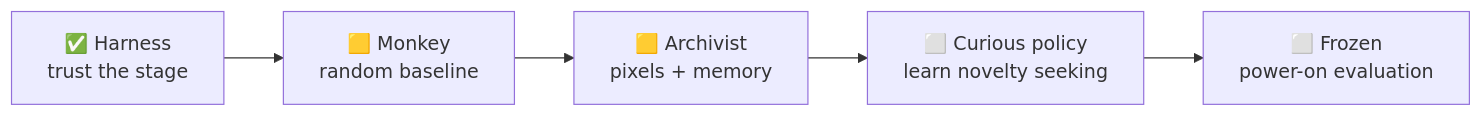
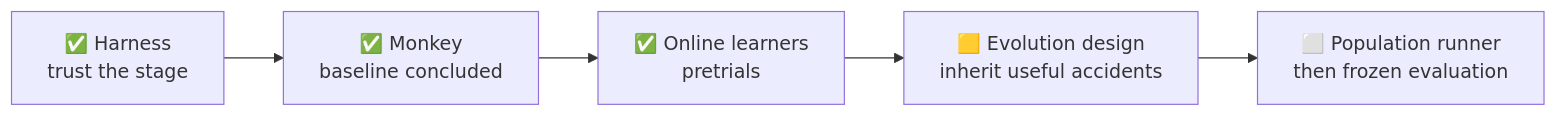
Before and after one commit to PeteAndrews1289/pokemon-red-ai: the first of 2 diagrams in README.md, drawn with Mermaid. The commit also changed other lines of this file and 15 other files, not shown here.

Commit message:
Design neuroevolution successor to random baseline

````diff
--- a/README.md
+++ b/README.md
@@ -57,7 +58,7 @@
 ```mermaid
 flowchart LR
-    P0["✅ Harness<br/>trust the stage"] --> B0["🟨 Monkey<br/>random baseline"]
-    B0 --> B2["🟨 Archivist<br/>pixels + memory"]
-    B2 --> B1["⬜ Curious policy<br/>learn novelty seeking"]
-    B1 --> EV["⬜ Frozen<br/>power-on evaluation"]
+    P0["✅ Harness<br/>trust the stage"] --> B0["✅ Monkey<br/>baseline concluded"]
+    B0 --> B2["✅ Online learners<br/>pretrials"]
+    B2 --> B1["🟨 Evolution design<br/>inherit useful accidents"]
+    B1 --> EV["⬜ Population runner<br/>then frozen evaluation"]
 ```
````
